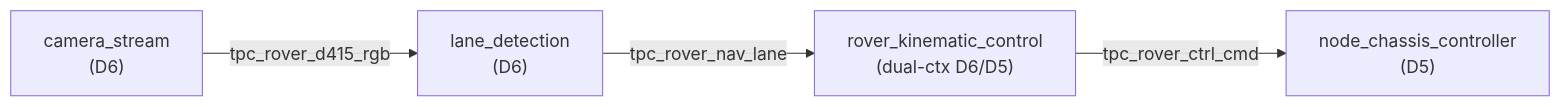
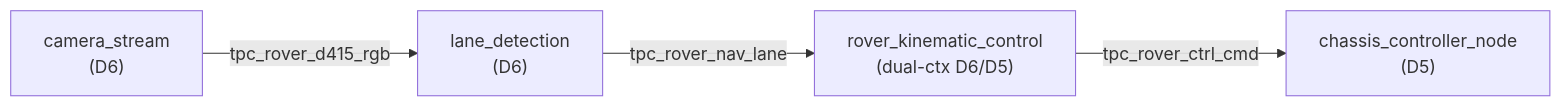
The first of 3 diagrams in docs/TOPICS.md (RoboticsGG/almondmatcha), drawn with Mermaid before and after one commit. The commit also changed other lines of this file and 25 other files, not shown here.

````diff
--- a/docs/TOPICS.md
+++ b/docs/TOPICS.md
@@ -432,6 +432,6 @@
 ```mermaid
 flowchart LR
     CS["camera_stream\n(D6)"] -->|tpc_rover_d415_rgb| LD["lane_detection\n(D6)"]
     LD -->|tpc_rover_nav_lane| RKC["rover_kinematic_control\n(dual-ctx D6/D5)"]
-    RKC -->|tpc_rover_ctrl_cmd| CC["node_chassis_controller\n(D5)"]
+    RKC -->|tpc_rover_ctrl_cmd| CC["chassis_controller_node\n(D5)"]
 ```
````
